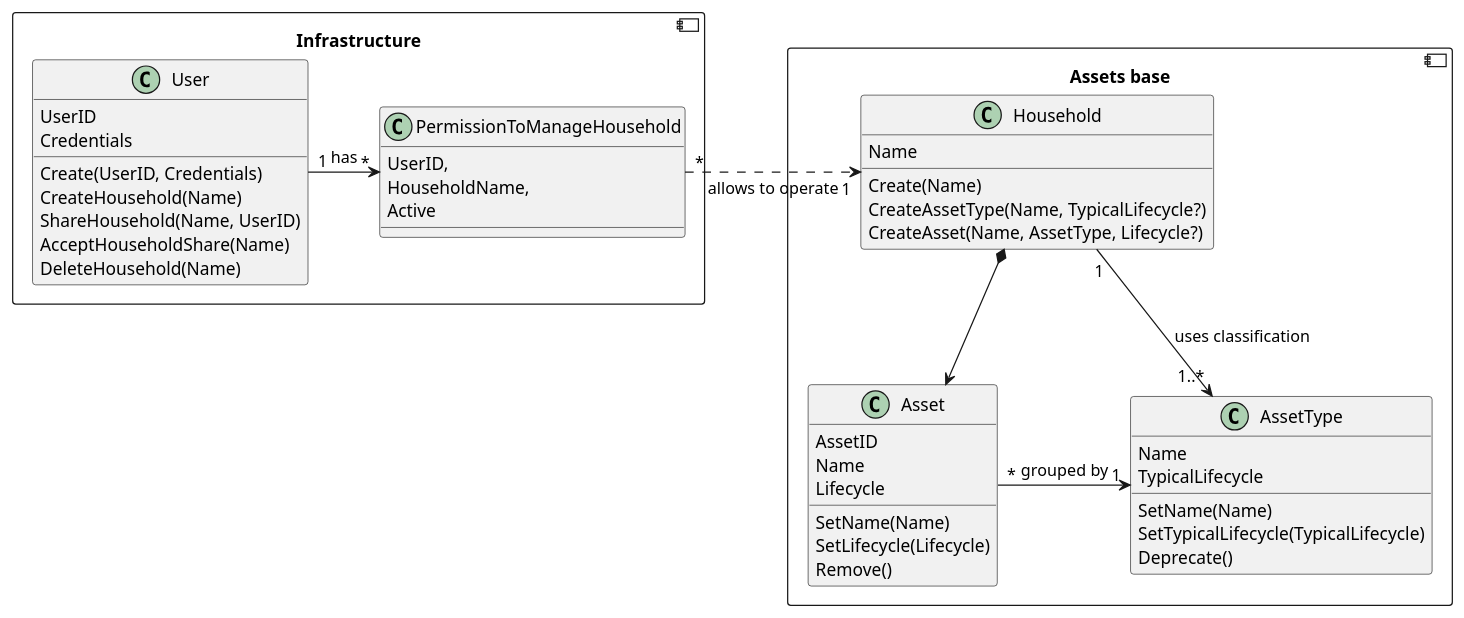
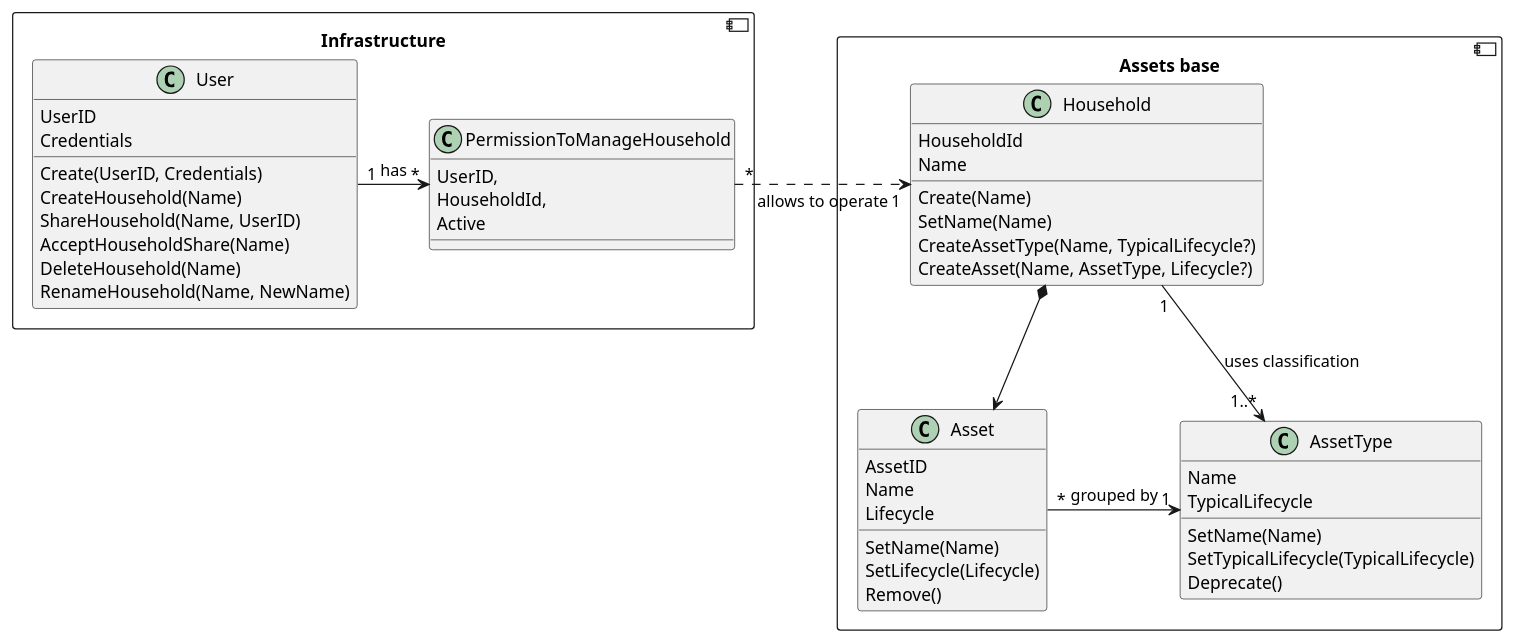
The diagram in docs/domain.puml (AVEducationalProjects/PAM), drawn with PlantUML before and after one commit. The commit also changed 2 other files, not shown here.

```diff
--- a/docs/domain.puml
+++ b/docs/domain.puml
@@ -1,64 +1,67 @@
 @startuml Domain model
 
 component Infrastructure{
 
     class User {
         UserID
         Credentials
 
         Create(UserID, Credentials)
         CreateHousehold(Name)
         ShareHousehold(Name, UserID)
         AcceptHouseholdShare(Name)
         DeleteHousehold(Name)
+        RenameHousehold(Name, NewName)
     }
 
     class PermissionToManageHousehold{
         UserID,
-        HouseholdName,
+        HouseholdId,
         Active
     }
 
     User "1"->"*" PermissionToManageHousehold : has
 
 }
 
 component "Assets base" as AssetBase{
 
     class Household{
+        HouseholdId
         Name
 
         Create(Name)
+        SetName(Name)
         CreateAssetType(Name, TypicalLifecycle?)
         CreateAsset(Name, AssetType, Lifecycle?)
     }
 
     class AssetType{
         Name
         TypicalLifecycle
 
         SetName(Name)
         SetTypicalLifecycle(TypicalLifecycle)
         Deprecate()
     }
 
 
     class Asset{
         AssetID
         Name
         Lifecycle
 
         SetName(Name)
         SetLifecycle(Lifecycle)
         Remove()
     }
 
     Household "1"==>"1..*" AssetType: uses classification
     Household *--> Asset
     Asset "*" -> "1" AssetType : grouped by
 }
 
 
 Household "1" <.left. "*" PermissionToManageHousehold : allows to operate
 
 @enduml
```
